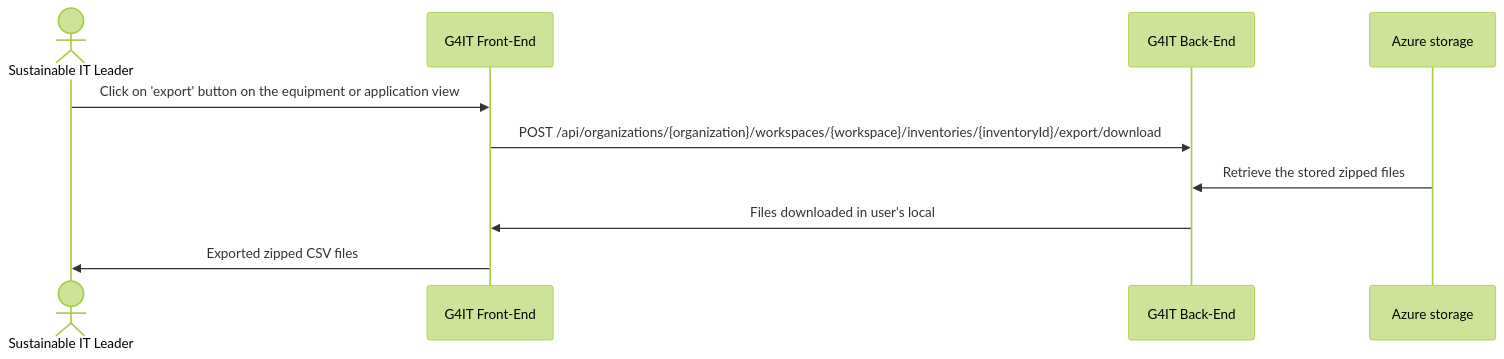
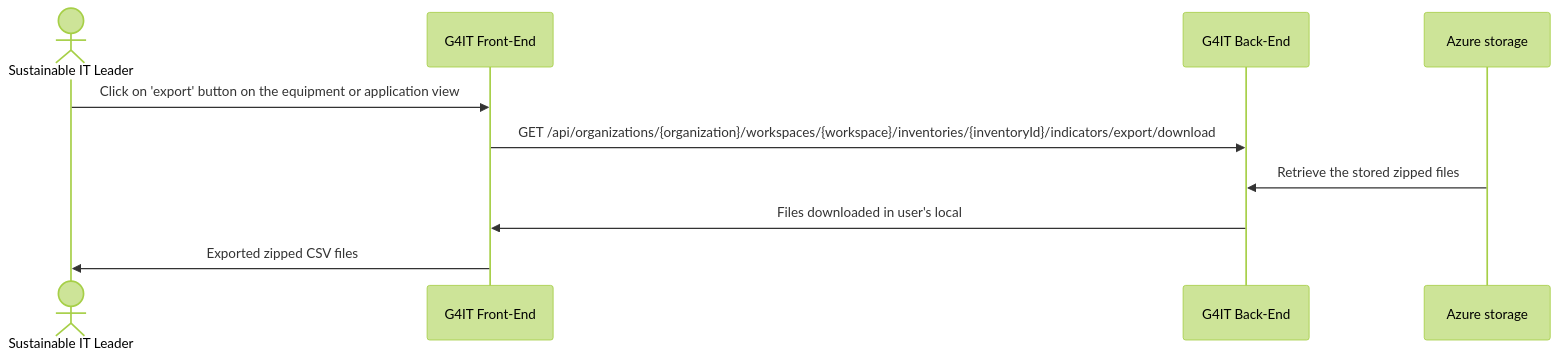
One commit to teamg4it/g4it changed the second of 2 diagrams in services/documentation/content/2-functional-documentation/use_cases/uc_inventory/uc7_export_files.md. Above: the diagram before and after it, drawn with Mermaid (forest theme). The commit also changed other lines of this file and 140 other files, not shown here.

```diff
--- a/services/documentation/content/2-functional-documentation/use_cases/uc_inventory/uc7_export_files.md
+++ b/services/documentation/content/2-functional-documentation/use_cases/uc_inventory/uc7_export_files.md
@@ -52,15 +93,15 @@
 {{< mermaid >}}
 sequenceDiagram
 
 actor RND as Sustainable IT Leader
 participant front as G4IT Front-End
 participant back as G4IT Back-End
 participant azure as Azure storage
 
     RND ->> front: Click on 'export' button on the equipment or application view
-    front ->> back: POST /api/organizations/{organization}/workspaces/{workspace}/inventories/{inventoryId}/export/download
+    front ->> back: GET /api/organizations/{organization}/workspaces/{workspace}/inventories/{inventoryId}/indicators/export/download
    azure ->> back: Retrieve the stored zipped files
     back ->> front: Files downloaded in user's local
     front ->> RND: Exported zipped CSV files
 
 {{</ mermaid >}}
```
